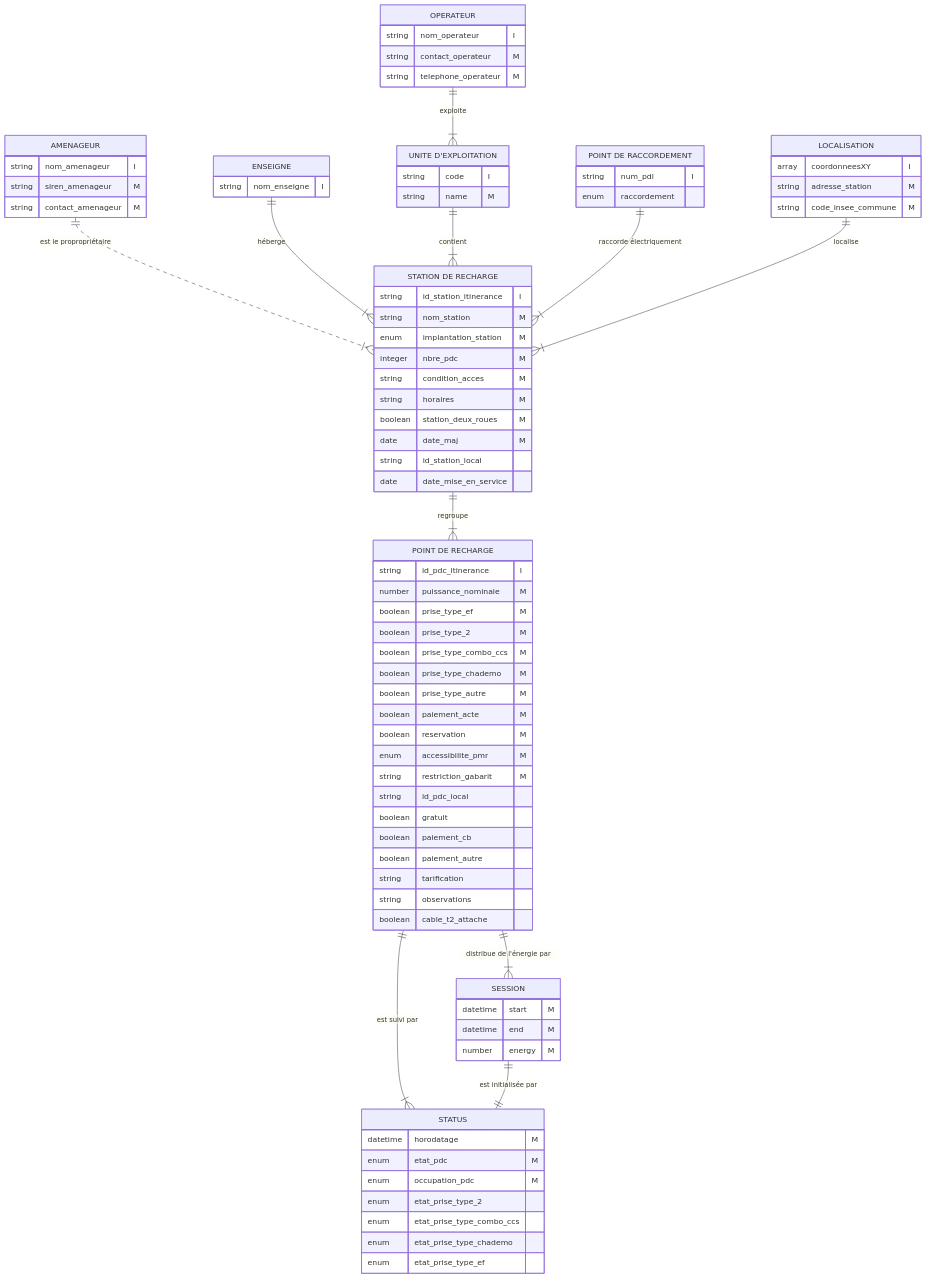
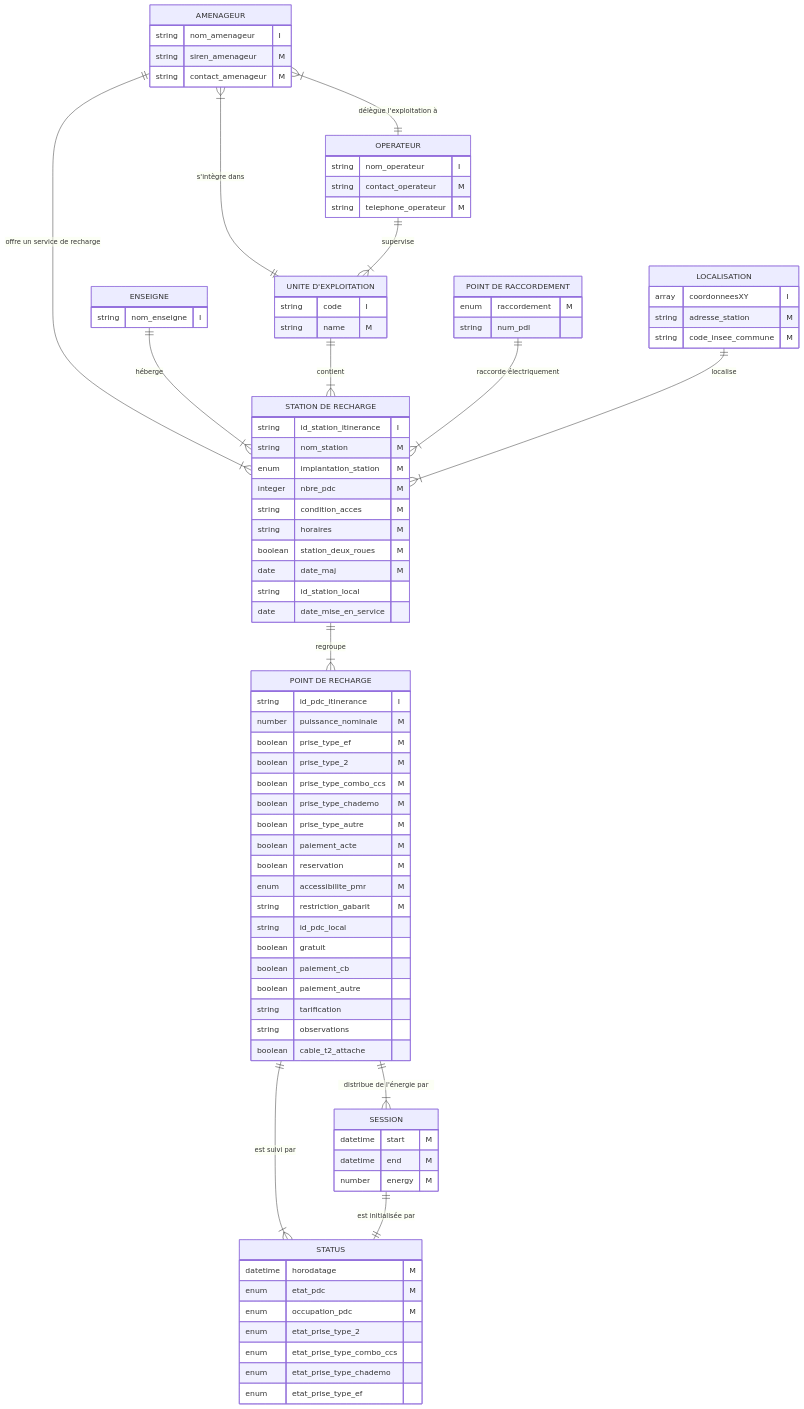
Diagram 16 of 16 in docs/modele.md (MTES-MCT/qualicharge), drawn with Mermaid before and after one commit. The commit also changed other lines of this file, not shown here.

```diff
--- a/docs/modele.md
+++ b/docs/modele.md
@@ -400,8 +444,8 @@
   string name "M"
   }
   "POINT DE RACCORDEMENT" {
-  string num_pdl "I"
-  enum    raccordement
+  enum    raccordement "M"
+  string num_pdl
   }
   LOCALISATION {
   array   coordonneesXY "I"
@@ -454,10 +498,12 @@
     enum     etat_prise_type_chademo
     enum     etat_prise_type_ef
   }
-  AMENAGEUR ||..|{ "STATION DE RECHARGE" : "est le propropriétaire"
+  AMENAGEUR ||--|{ "STATION DE RECHARGE" : "offre un service de recharge"
+  AMENAGEUR |{--|| "UNITE D'EXPLOITATION" : "s'intègre dans"
   ENSEIGNE ||--|{ "STATION DE RECHARGE": "héberge"
-  OPERATEUR ||--|{ "UNITE D'EXPLOITATION": "exploite"
-  "UNITE D'EXPLOITATION" ||--|{ "STATION DE RECHARGE": "contient"    
+  OPERATEUR ||--|{ "UNITE D'EXPLOITATION": "supervise"
+  AMENAGEUR |{--|| OPERATEUR: "délègue l'exploitation à"
+  "UNITE D'EXPLOITATION" ||--|{ "STATION DE RECHARGE": "contient"
   "POINT DE RACCORDEMENT" ||--|{ "STATION DE RECHARGE" : "raccorde électriquement"
   LOCALISATION ||--|{ "STATION DE RECHARGE": "localise"
   "STATION DE RECHARGE" ||--|{ "POINT DE RECHARGE" : regroupe
```
